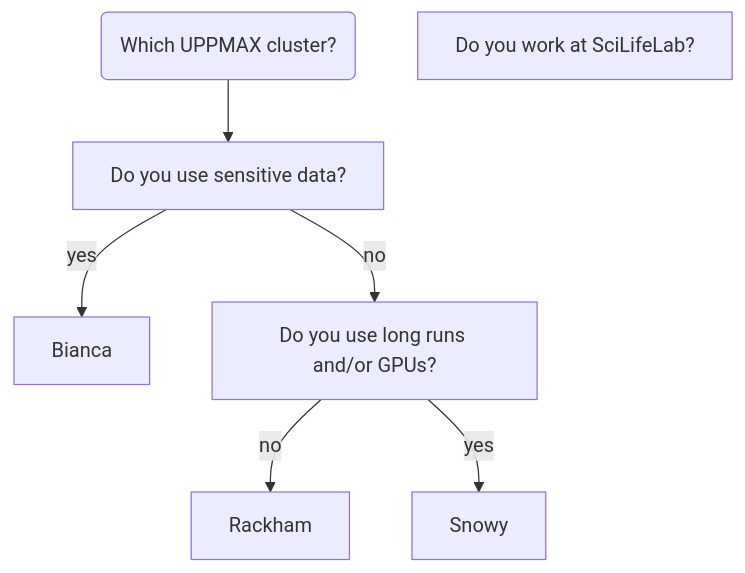
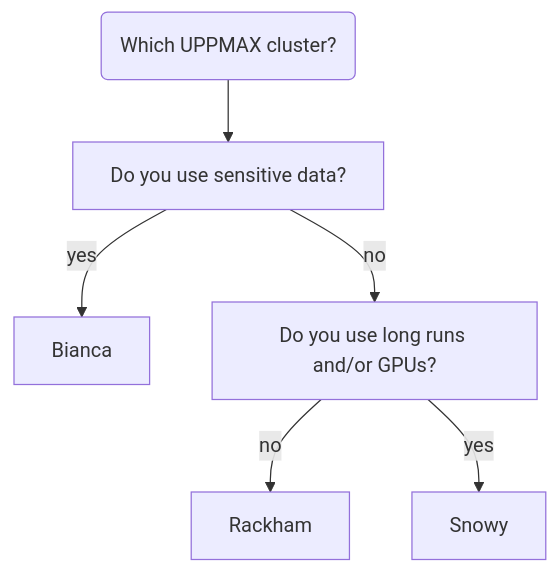
Before and after one commit to UPPMAX/UPPMAX-documentation: the first of 3 diagrams in docs/cluster_guides/uppmax_systems.md, drawn with Mermaid.

Commit message:
Remove irrelevant node

````diff
--- a/docs/cluster_guides/uppmax_systems.md
+++ b/docs/cluster_guides/uppmax_systems.md
@@ -30,16 +30,15 @@
 ```mermaid
 flowchart TD
     UPPMAX(Which UPPMAX cluster?)
     Bianca
     Rackham
     Snowy
     is_sensitive[Do you use sensitive data?]
-    is_scilifelab[Do you work at SciLifeLab?]
     is_long[Do you use long runs and/or GPUs?]
 
     UPPMAX --> is_sensitive
     is_sensitive --> |yes|Bianca
     is_sensitive --> |no|is_long
     is_long --> |no|Rackham
     is_long --> |yes|Snowy
 ```
````
